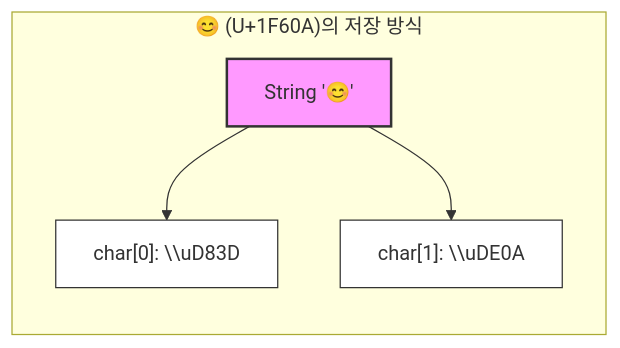
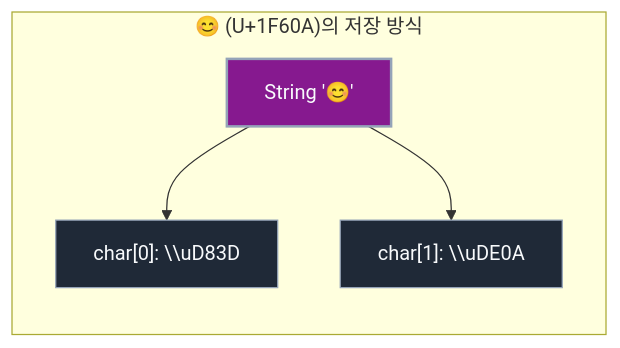
The second of 2 diagrams in _posts/java/01-basic-syntax/2025-11-11-Java-에서-char-자료형-크기가-2바이트인-이유.md (Kang-Hyesung/kang-hyesung.github.io), drawn with Mermaid before and after one commit. The commit also changed 74 other files, not shown here.

Commit message:
docs: update post visibility and mermaid colors

````diff
--- a/_posts/java/01-basic-syntax/2025-11-11-Java-에서-char-자료형-크기가-2바이트인-이유.md
+++ b/_posts/java/01-basic-syntax/2025-11-11-Java-에서-char-자료형-크기가-2바이트인-이유.md
@@ -56,11 +56,11 @@
 ```mermaid
 graph LR
     subgraph "😊 (U+1F60A)의 저장 방식"
     A["String '😊'"] --> B["char[0]: \\uD83D"]
     A --> C["char[1]: \\uDE0A"]
     end
-    style A fill:#f9f,stroke:#333,stroke-width:2px
-    style B fill:#fff,stroke:#333
-    style C fill:#fff,stroke:#333
+    style A fill:#86198f,stroke:#94a3b8,stroke-width:2px,color:#f8fafc
+    style B fill:#1f2937,stroke:#94a3b8,color:#f8fafc
+    style C fill:#1f2937,stroke:#94a3b8,color:#f8fafc
 
 ```
````
